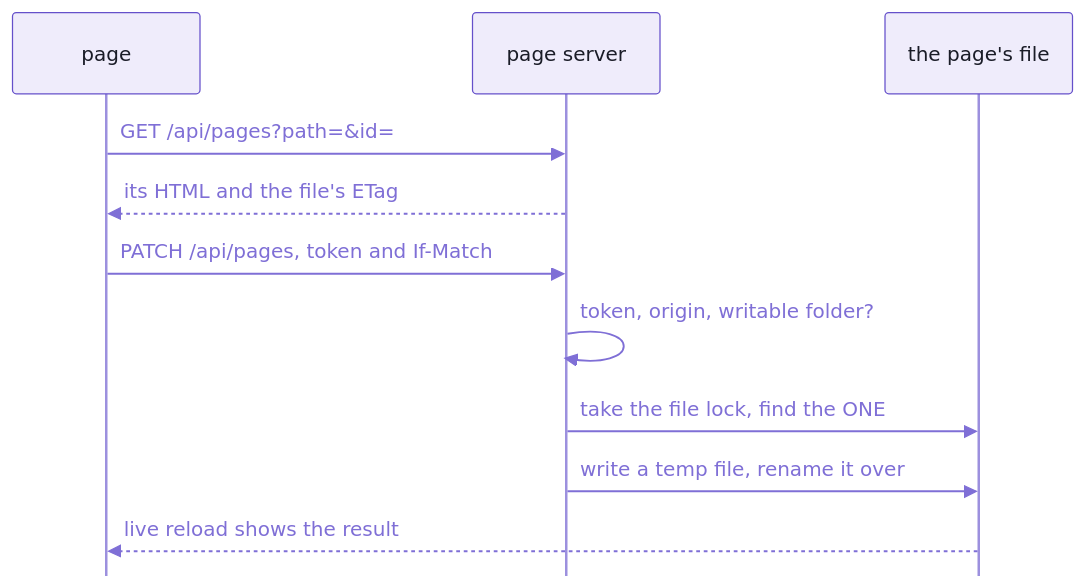
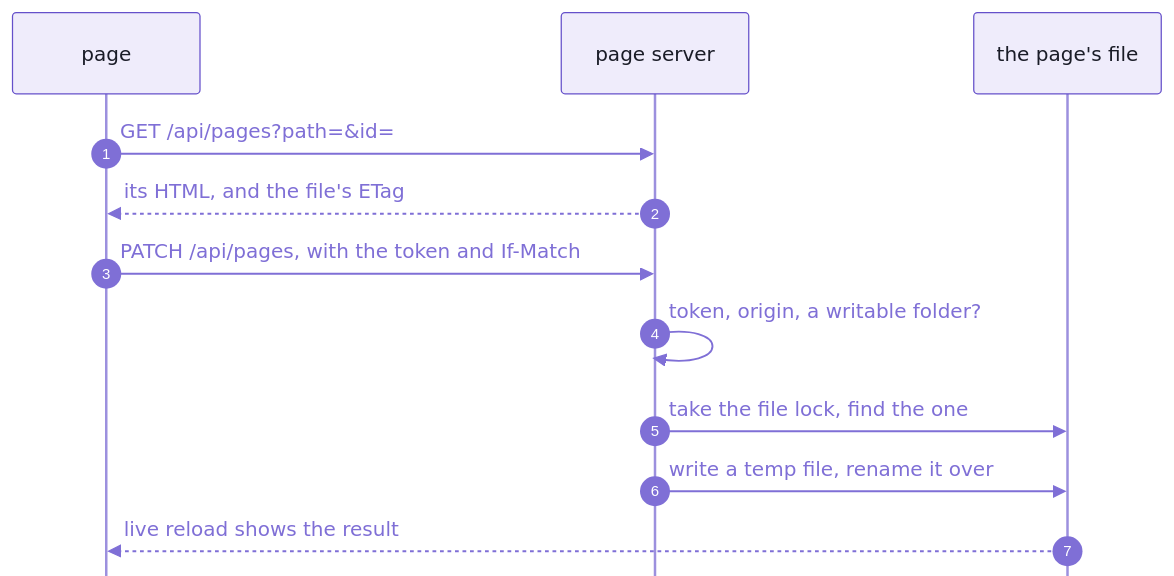
One commit to spell-app/spell changed the fourth of 6 diagrams in README-server.md. Above: the diagram before and after it, drawn with Mermaid. The commit also changed other lines of this file and 12 other files, not shown here.

````diff
--- a/README-server.md
+++ b/README-server.md
@@ -118,14 +288,15 @@
 ```mermaid
 %%{init: {"theme":"base","themeVariables":{"fontFamily":"-apple-system, BlinkMacSystemFont, Segoe UI, Helvetica, Arial, sans-serif","fontSize":"15px","primaryColor":"#EFECFB","primaryBorderColor":"#6550CA","primaryTextColor":"#1A1C27","secondaryColor":"#F4F1E9","tertiaryColor":"#F7F6FC","lineColor":"#7F6FD6","textColor":"#7F6FD6","clusterBkg":"#F7F6FC","clusterBorder":"#B9B0E8","titleColor":"#1A1C27","edgeLabelBackground":"#F7F6FC","actorBkg":"#EFECFB","actorBorder":"#6550CA","actorTextColor":"#1A1C27","actorLineColor":"#9C90DE","signalColor":"#7F6FD6","signalTextColor":"#7F6FD6","labelBoxBkgColor":"#EFECFB","labelBoxBorderColor":"#6550CA","labelTextColor":"#1A1C27","loopTextColor":"#7F6FD6","noteBkgColor":"#F1E7D4","noteBorderColor":"#C9B48A","noteTextColor":"#1A1C27","activationBkgColor":"#DCD6F7","activationBorderColor":"#6550CA","sequenceNumberColor":"#FFFFFF"},"sequence":{"mirrorActors":false,"messageAlign":"left","noteAlign":"left"}}}%%
 sequenceDiagram
+  autonumber
   participant page
   participant server as page server
   participant file as the page's file
   page->>server: GET /api/pages?path=&id=
-  server-->>page: its HTML and the file's ETag
-  page->>server: PATCH /api/pages, token and If-Match
-  server->>server: token, origin, writable folder?
-  server->>file: take the file lock, find the ONE #id, splice its bytes
+  server-->>page: its HTML, and the file's ETag
+  page->>server: PATCH /api/pages, with the token and If-Match
+  server->>server: token, origin, a writable folder?
+  server->>file: take the file lock, find the one #id, splice its bytes
   server->>file: write a temp file, rename it over
   file-->>page: live reload shows the result
 ```
````
